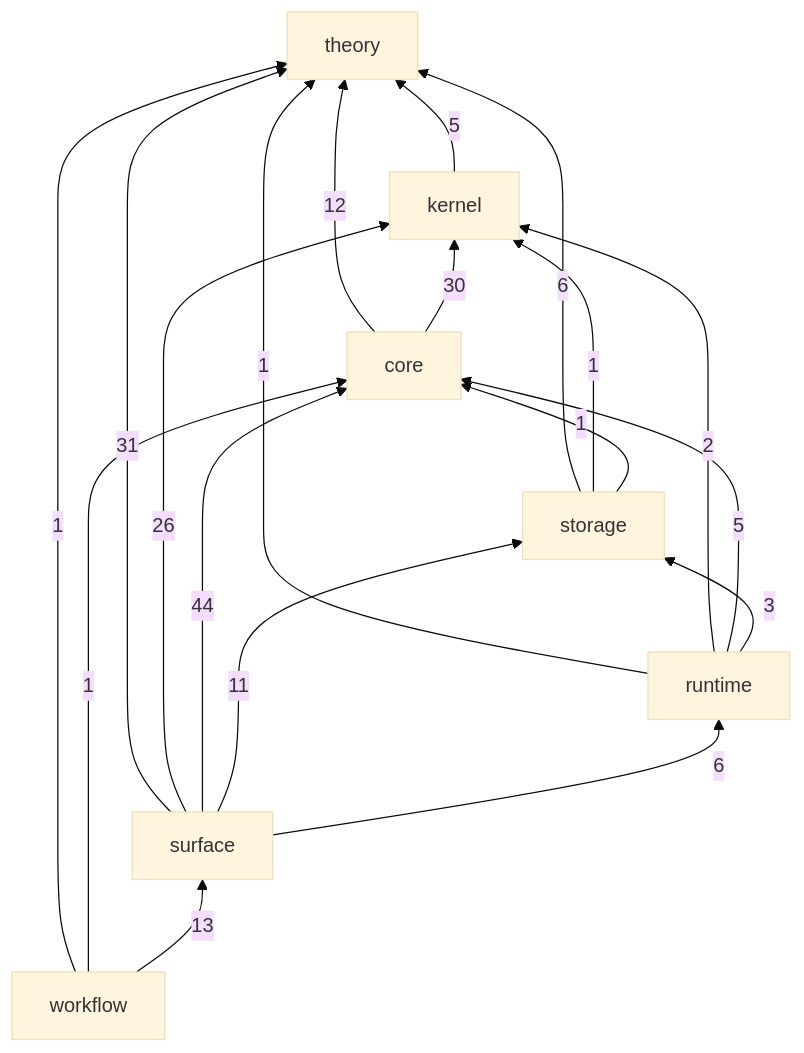
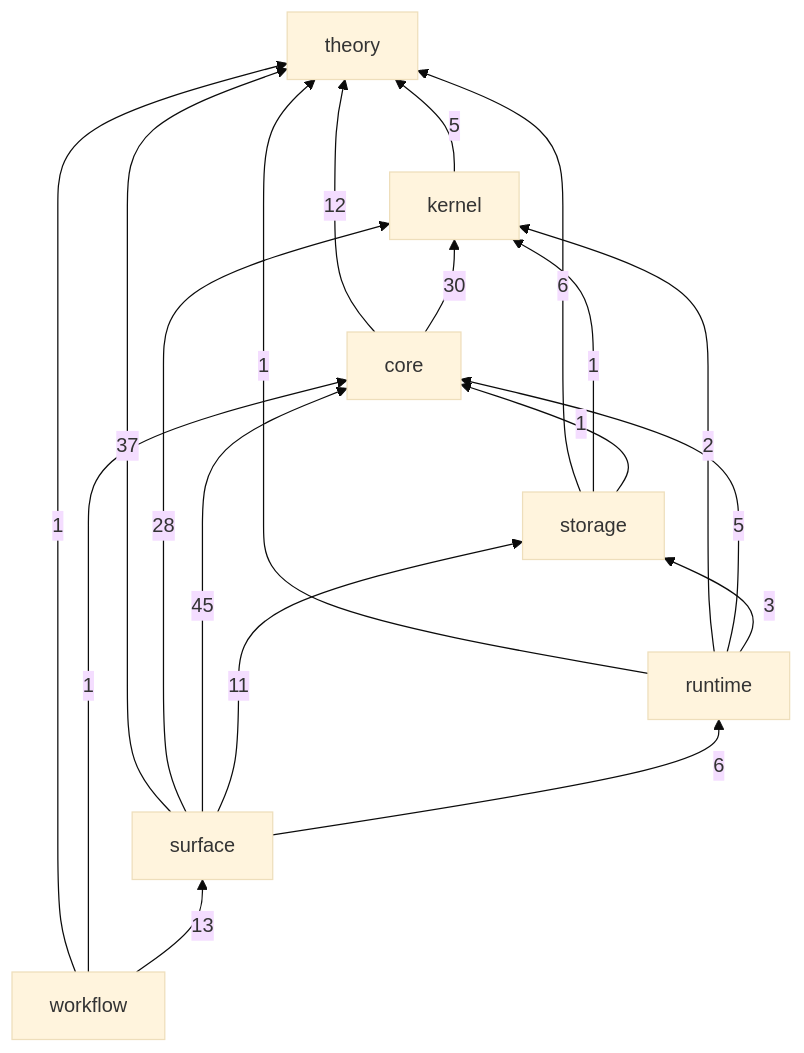
Before and after one commit to gandr-lang/gandr: the diagram in ledger/README.md, drawn with Mermaid (base theme). The commit also changed 71 other files, not shown here.

````diff
--- a/ledger/README.md
+++ b/ledger/README.md
@@ -28,28 +28,28 @@
 ```mermaid
 flowchart BT
   theory
   kernel
   core
   storage
   runtime
   surface
   workflow
   kernel -->|5| theory
   core -->|12| theory
   core -->|30| kernel
   storage -->|6| theory
   storage -->|1| kernel
   storage -->|1| core
   runtime -->|1| theory
   runtime -->|2| kernel
   runtime -->|5| core
   runtime -->|3| storage
-  surface -->|31| theory
-  surface -->|26| kernel
-  surface -->|44| core
+  surface -->|37| theory
+  surface -->|28| kernel
+  surface -->|45| core
   surface -->|11| storage
   surface -->|6| runtime
   workflow -->|1| theory
   workflow -->|1| core
   workflow -->|13| surface
 ```
````
